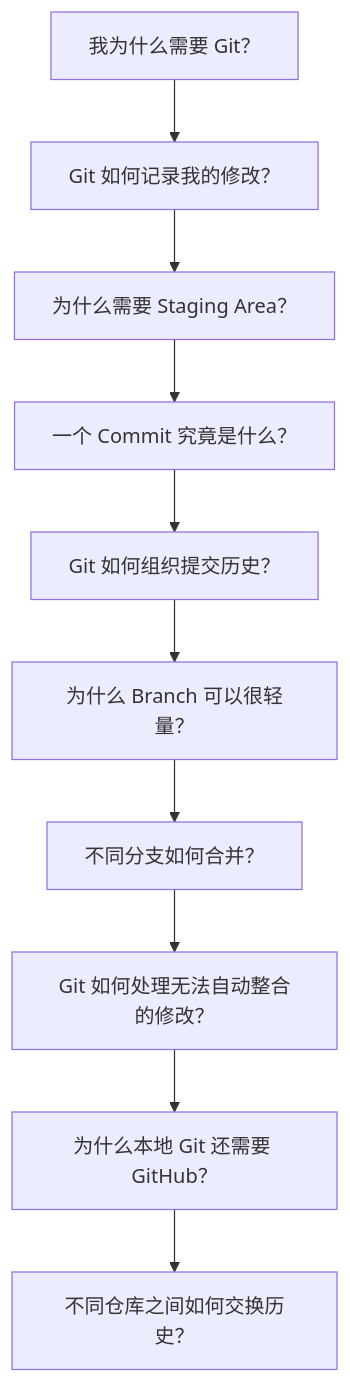
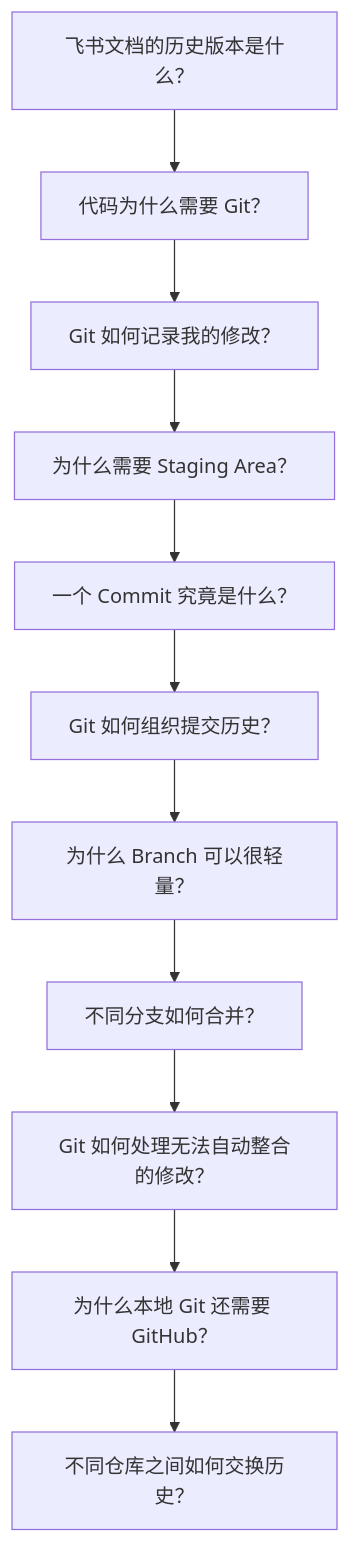
Diagram 19 of 19 in Contents/S02-20261030-Git/ref/git-ref.md (Ackii-Lo/2627-weekly-session), drawn with Mermaid before and after one commit. The commit also changed other lines of this file, not shown here.

Commit message:
docs(s2): rework git course for beginners

````diff
--- a/Contents/S02-20261030-Git/ref/git-ref.md
+++ b/Contents/S02-20261030-Git/ref/git-ref.md
@@ -1169,12 +1095,12 @@
 ```mermaid
 flowchart TD
-    Q1["我为什么需要 Git？"] --> Q2["Git 如何记录我的修改？"]
+    Q0["飞书文档的历史版本是什么？"] --> Q1["代码为什么需要 Git？"] --> Q2["Git 如何记录我的修改？"]
     Q2 --> Q3["为什么需要 Staging Area？"]
     Q3 --> Q4["一个 Commit 究竟是什么？"]
     Q4 --> Q5["Git 如何组织提交历史？"]
     Q5 --> Q6["为什么 Branch 可以很轻量？"]
     Q6 --> Q7["不同分支如何合并？"]
     Q7 --> Q8["Git 如何处理无法自动整合的修改？"]
     Q8 --> Q9["为什么本地 Git 还需要 GitHub？"]
     Q9 --> Q10["不同仓库之间如何交换历史？"]
 ```
````
